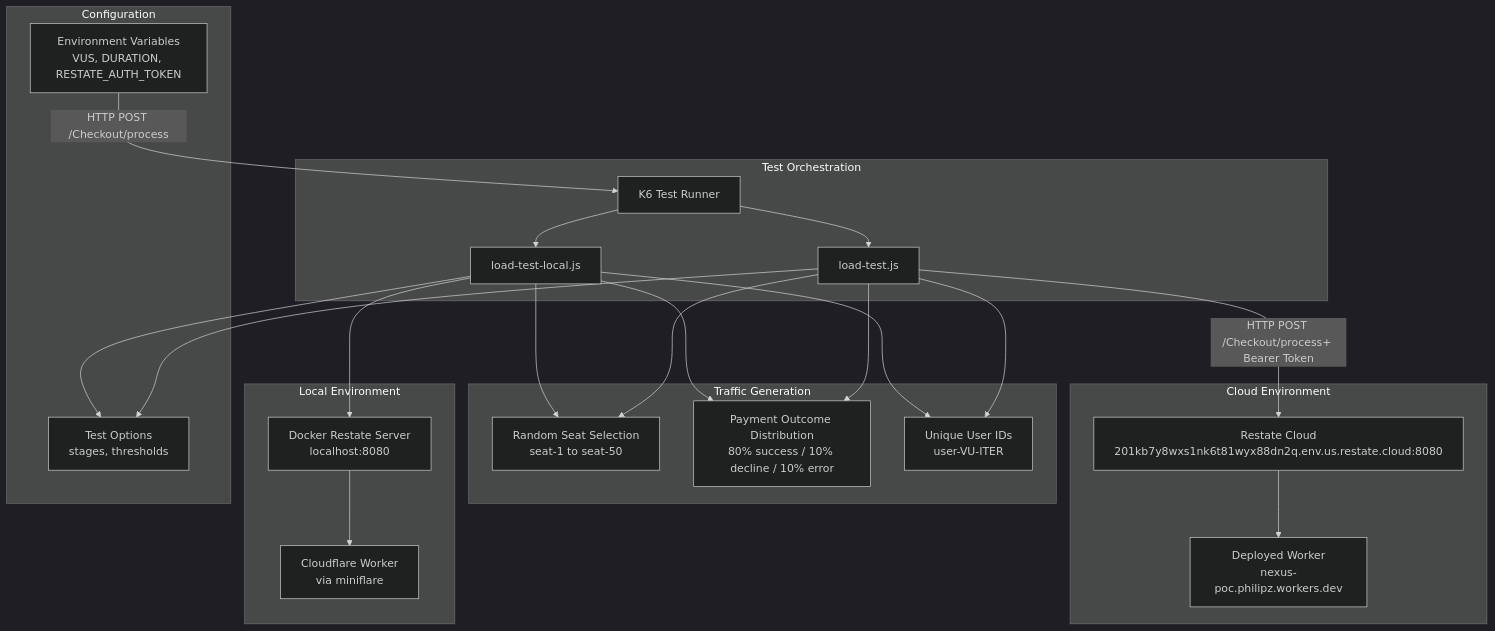
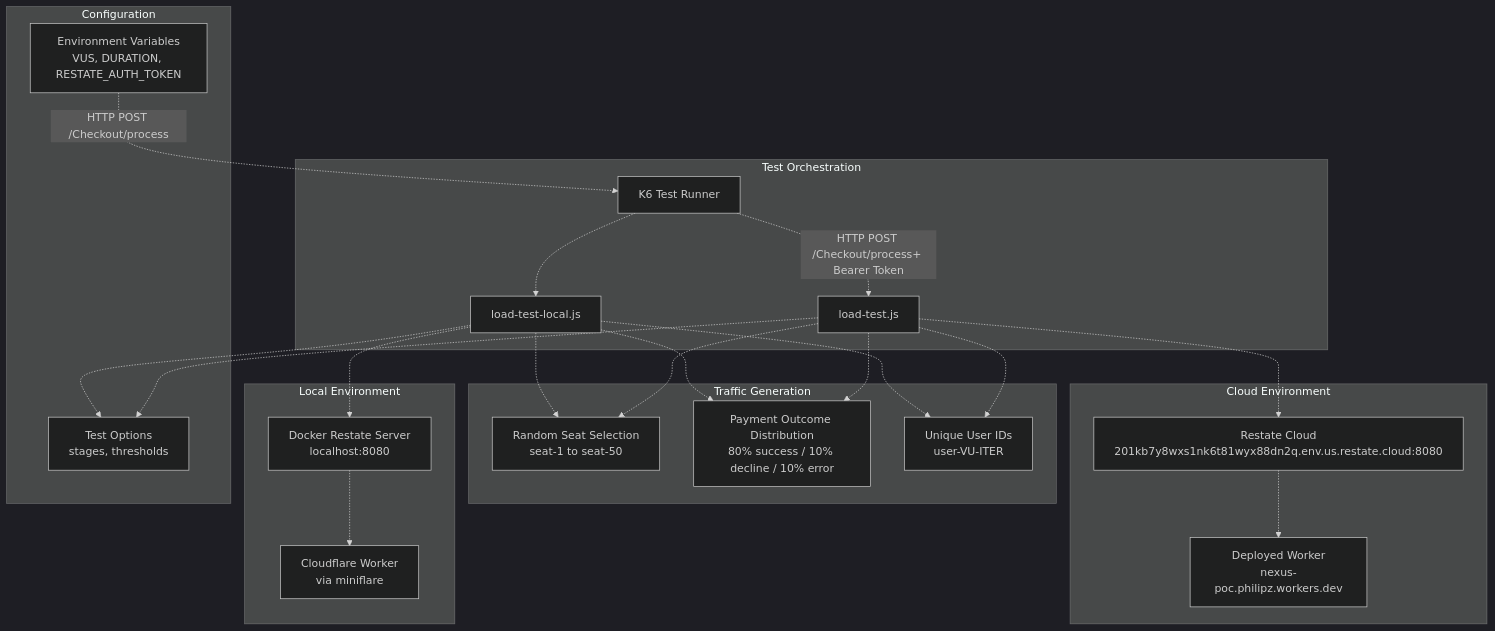
One commit to philipz/restate-cloudflare-workers-poc changed the first of 3 diagrams in docs/deepwiki/Load-Testing.md. Above: the diagram before and after it, drawn with Mermaid (dark theme). The commit also changed other lines of this file and 27 other files, not shown here.

````diff
--- a/docs/deepwiki/Load-Testing.md
+++ b/docs/deepwiki/Load-Testing.md
@@ -22,59 +22,59 @@
 ```mermaid
 flowchart TD
 
 K6["K6 Test Runner"]
 LocalScript["load-test-local.js"]
 CloudScript["load-test.js"]
 EnvVars["Environment Variables<br>VUS, DURATION, RESTATE_AUTH_TOKEN"]
 Options["Test Options<br>stages, thresholds"]
 LocalRestate["Docker Restate Server<br>localhost:8080"]
 LocalWorker["Cloudflare Worker<br>via miniflare"]
 CloudRestate["Restate Cloud<br>201kb7y8wxs1nk6t81wyx88dn2q.env.us.restate.cloud:8080"]
 CloudWorker["Deployed Worker<br>nexus-poc.philipz.workers.dev"]
 RandomSeat["Random Seat Selection<br>seat-1 to seat-50"]
 PaymentDist["Payment Outcome Distribution<br>80% success / 10% decline / 10% error"]
 UniqueUser["Unique User IDs<br>user-VU-ITER"]
 
-EnvVars -->|"HTTP POST /Checkout/process"| K6
-LocalScript --> Options
-CloudScript --> Options
-LocalScript --> LocalRestate
-CloudScript -->|"HTTP POST /Checkout/process+ Bearer Token"| CloudRestate
-LocalScript --> RandomSeat
-LocalScript --> PaymentDist
-LocalScript --> UniqueUser
-CloudScript --> RandomSeat
-CloudScript --> PaymentDist
-CloudScript --> UniqueUser
+EnvVars -.->|"HTTP POST /Checkout/process"| K6
+LocalScript -.-> Options
+CloudScript -.-> Options
+LocalScript -.-> LocalRestate
+CloudScript -.-> CloudRestate
+LocalScript -.-> RandomSeat
+LocalScript -.-> PaymentDist
+LocalScript -.-> UniqueUser
+CloudScript -.-> RandomSeat
+CloudScript -.-> PaymentDist
+CloudScript -.-> UniqueUser
 
 subgraph subGraph4 ["Traffic Generation"]
     RandomSeat
     PaymentDist
     UniqueUser
 end
 
 subgraph subGraph3 ["Cloud Environment"]
     CloudRestate
     CloudWorker
-    CloudRestate --> CloudWorker
+    CloudRestate -.-> CloudWorker
 end
 
 subgraph subGraph2 ["Local Environment"]
     LocalRestate
     LocalWorker
-    LocalRestate --> LocalWorker
+    LocalRestate -.-> LocalWorker
 end
 
 subgraph Configuration ["Configuration"]
     EnvVars
     Options
 end
 
 subgraph subGraph0 ["Test Orchestration"]
     K6
     LocalScript
     CloudScript
-    K6 --> LocalScript
-    K6 --> CloudScript
+    K6 -.-> LocalScript
+    K6 -.->|"HTTP POST /Checkout/process+ Bearer Token"| CloudScript
 end
 ```
````
